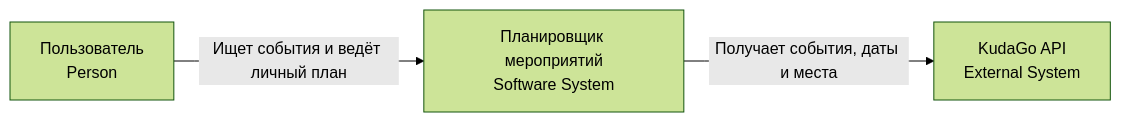
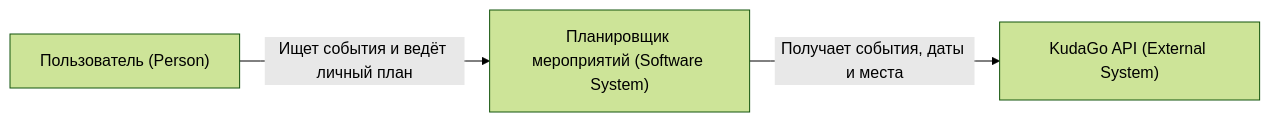
One commit to Daniil-drom/kpo-event-planner changed the first of 3 diagrams in README.md. Above: the diagram before and after it, drawn with Mermaid (forest theme). The commit also changed other lines of this file and 17 other files, not shown here.

````diff
--- a/README.md
+++ b/README.md
@@ -298,9 +177,9 @@
 ```mermaid
 flowchart LR
-    user["Пользователь<br/>Person"]
-    system["Планировщик мероприятий<br/>Software System"]
-    kudago["KudaGo API<br/>External System"]
+    user["Пользователь (Person)"]
+    system["Планировщик мероприятий (Software System)"]
+    kudago["KudaGo API (External System)"]
 
     user -->|Ищет события и ведёт личный план| system
     system -->|Получает события, даты и места| kudago
 ```
````
